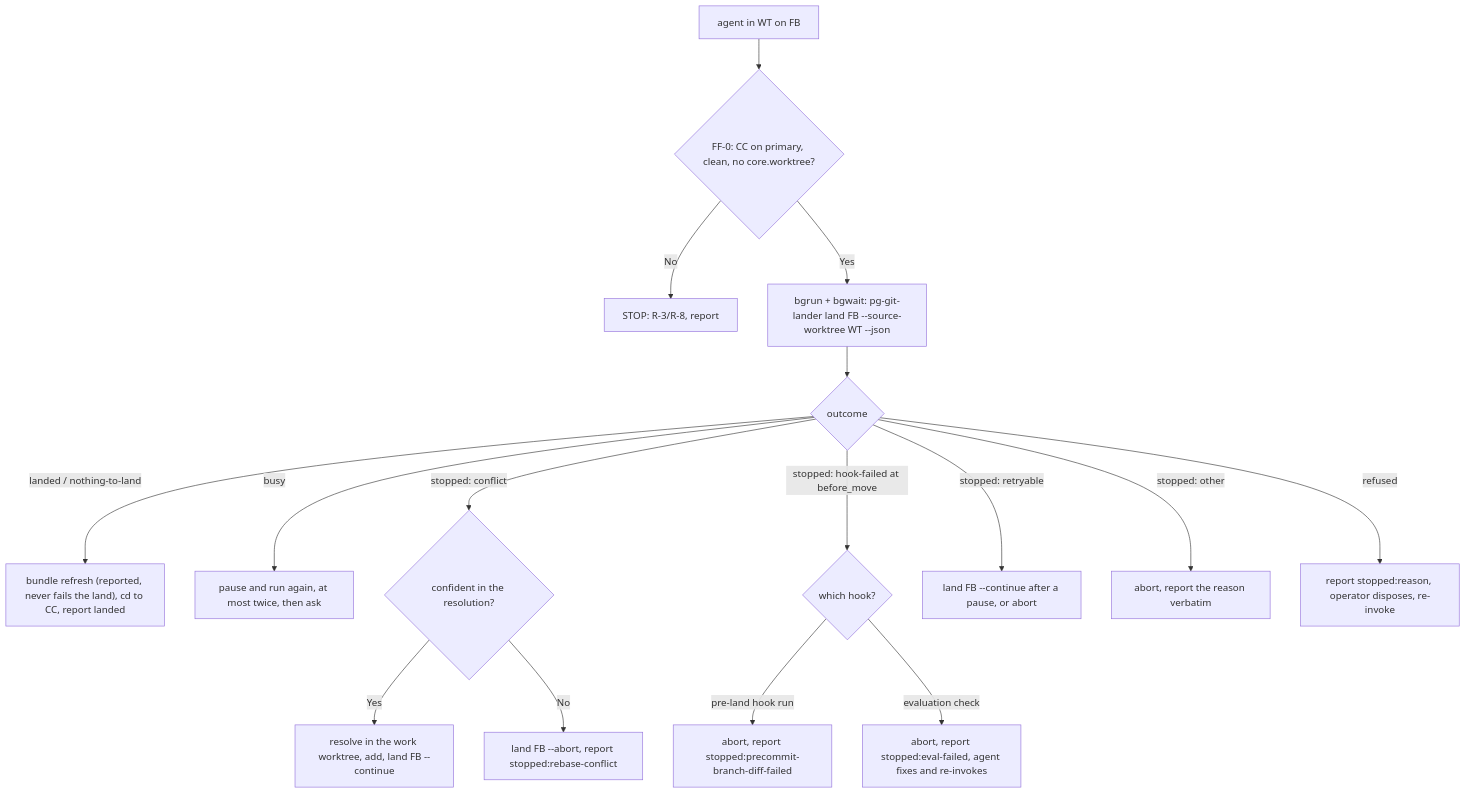
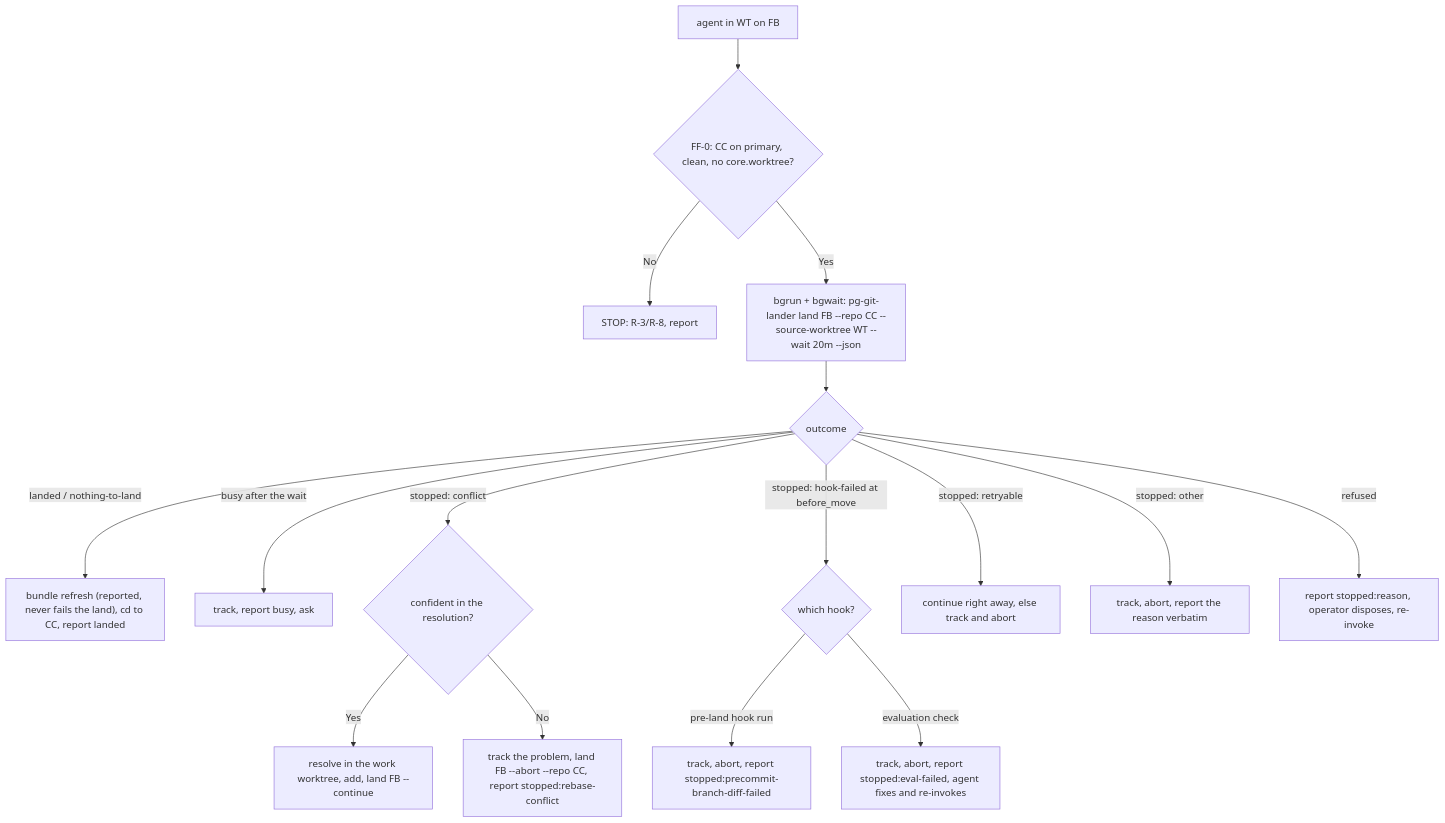
Before and after one commit to phillipgreenii/nix-agent-support: the diagram in claude-marketplace/integrate-branch/skills/ff-merge-to-main/SKILL.md, drawn with Mermaid. The commit also changed other lines of this file and 2 other files, not shown here.

First line of the commit message:
ff-merge-to-main skill: name the repo, wait once, never leave a land stopped

````diff
--- a/claude-marketplace/integrate-branch/skills/ff-merge-to-main/SKILL.md
+++ b/claude-marketplace/integrate-branch/skills/ff-merge-to-main/SKILL.md
@@ -272,18 +314,18 @@
 ```mermaid
 flowchart TD
     A["agent in WT on FB"] --> F0{"FF-0: CC on primary, clean, no core.worktree?"}
     F0 -->|No| S0["STOP: R-3/R-8, report"]
-    F0 -->|Yes| L["bgrun + bgwait: pg-git-lander land FB --source-worktree WT --json"]
+    F0 -->|Yes| L["bgrun + bgwait: pg-git-lander land FB --repo CC --source-worktree WT --wait 20m --json"]
     L --> O{"outcome"}
     O -->|"landed / nothing-to-land"| R["bundle refresh (reported, never fails the land), cd to CC, report landed"]
-    O -->|"busy"| B["pause and run again, at most twice, then ask"]
+    O -->|"busy after the wait"| B["track, report busy, ask"]
     O -->|"stopped: conflict"| C{"confident in the resolution?"}
     C -->|Yes| CC["resolve in the work worktree, add, land FB --continue"]
-    C -->|No| AB["land FB --abort, report stopped:rebase-conflict"]
+    C -->|No| AB["track the problem, land FB --abort --repo CC, report stopped:rebase-conflict"]
     O -->|"stopped: hook-failed at before_move"| H{"which hook?"}
-    H -->|"pre-land hook run"| S1["abort, report stopped:precommit-branch-diff-failed"]
-    H -->|"evaluation check"| S2["abort, report stopped:eval-failed, agent fixes and re-invokes"]
-    O -->|"stopped: retryable"| T["land FB --continue after a pause, or abort"]
-    O -->|"stopped: other"| S3["abort, report the reason verbatim"]
+    H -->|"pre-land hook run"| S1["track, abort, report stopped:precommit-branch-diff-failed"]
+    H -->|"evaluation check"| S2["track, abort, report stopped:eval-failed, agent fixes and re-invokes"]
+    O -->|"stopped: retryable"| T["continue right away, else track and abort"]
+    O -->|"stopped: other"| S3["track, abort, report the reason verbatim"]
     O -->|"refused"| S4["report stopped:reason, operator disposes, re-invoke"]
 ```
````
